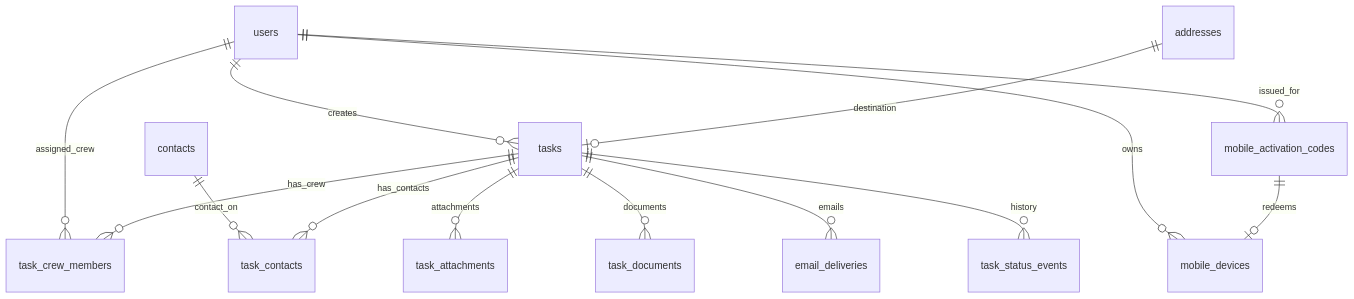
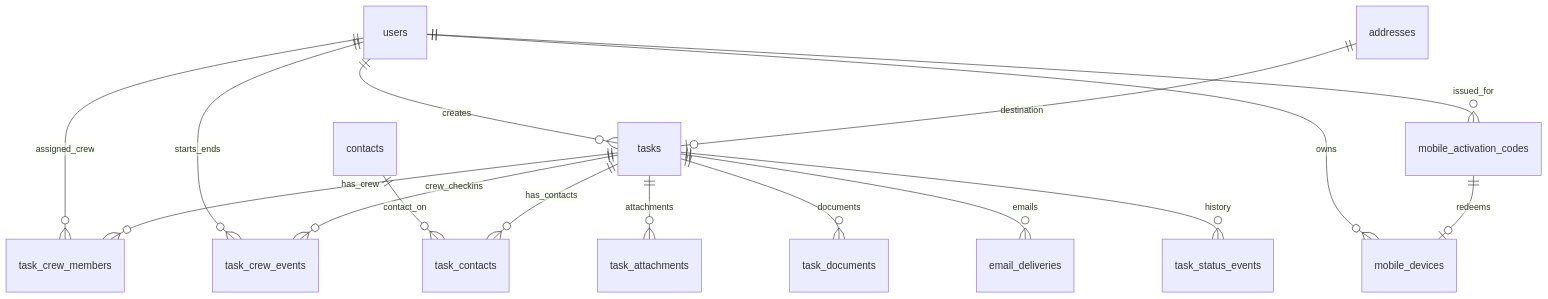
One commit to Thomas-QCD/Field changed the second of 2 diagrams in docs/sdd.md. Above: the diagram before and after it, drawn with Mermaid. The commit also changed other lines of this file and 16 other files, not shown here.

First line of the commit message:
Add crew start/end GPS events and an admin desktop crew map.

````diff
--- a/docs/sdd.md
+++ b/docs/sdd.md
@@ -297,16 +303,18 @@
 ```mermaid
 erDiagram
     users ||--o{ tasks : creates
     users ||--o{ task_crew_members : assigned_crew
     users ||--o{ mobile_activation_codes : issued_for
     users ||--o{ mobile_devices : owns
     mobile_activation_codes ||--o| mobile_devices : redeems
     tasks ||--o{ task_crew_members : has_crew
+    users ||--o{ task_crew_events : starts_ends
+    tasks ||--o{ task_crew_events : crew_checkins
     contacts ||--o{ task_contacts : contact_on
     tasks ||--o{ task_contacts : has_contacts
     addresses ||--o| tasks : destination
     tasks ||--o{ task_attachments : attachments
     tasks ||--o{ task_documents : documents
     tasks ||--o{ email_deliveries : emails
     tasks ||--o{ task_status_events : history
 ```
````
